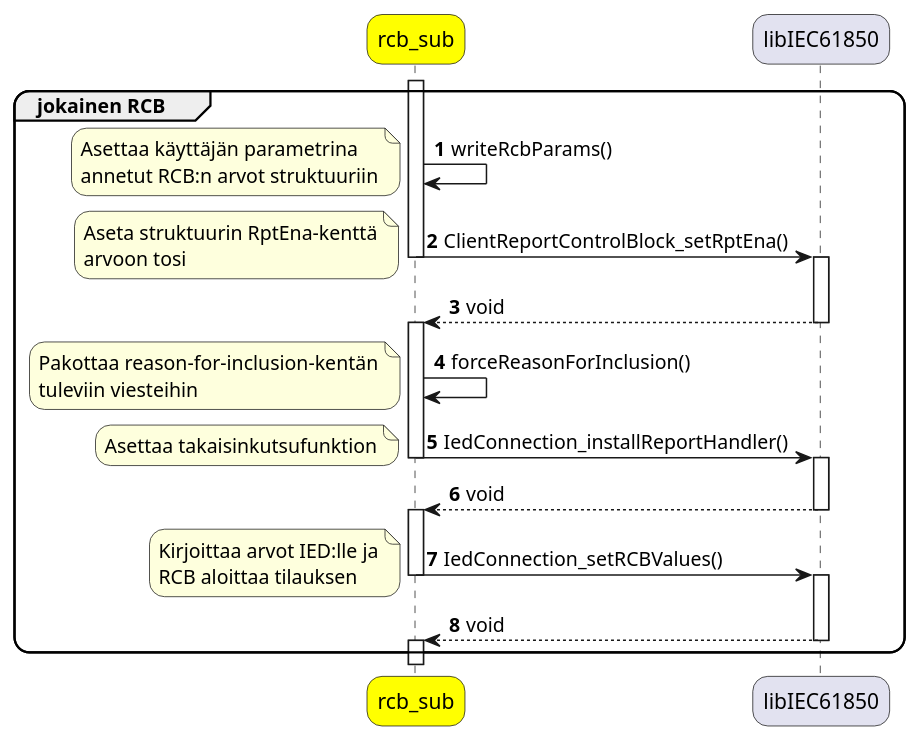
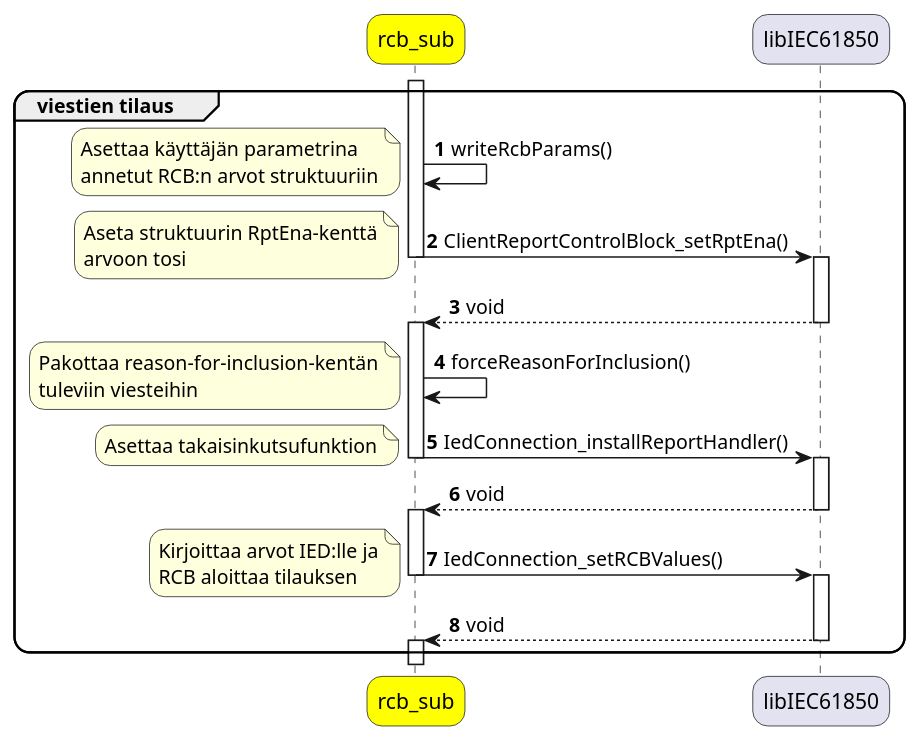
One commit to Kazhuu/tut_master_thesis changed the diagram in uml/rcb-sub-subscribe-reports.puml. Above: the diagram before and after it, drawn with PlantUML. The commit also changed 13 other files, not shown here.

Commit message:
uml fixes

```diff
--- a/uml/rcb-sub-subscribe-reports.puml
+++ b/uml/rcb-sub-subscribe-reports.puml
@@ -1,51 +1,51 @@
 @startuml
 autonumber
 
 skinparam roundcorner 20
 
 participant "rcb_sub" as rcbsub #Yellow
 participant "libIEC61850" as libiec
 
 activate rcbsub
-group jokainen RCB
+group viestien tilaus
 	rcbsub -> rcbsub : writeRcbParams()
 	note left
 		Asettaa käyttäjän parametrina
 		annetut RCB:n arvot struktuuriin
 	end note
 	rcbsub -> libiec : ClientReportControlBlock_setRptEna()
 	deactivate rcbsub
 	activate libiec
 	note left
 		Aseta struktuurin RptEna-kenttä
 		arvoon tosi
 	end note
 	libiec --> rcbsub :  void
 	deactivate libiec
 	activate rcbsub
 	rcbsub -> rcbsub : forceReasonForInclusion()
 	note left
 		Pakottaa reason-for-inclusion-kentän
 		tuleviin viesteihin
 	end note
 	rcbsub -> libiec : IedConnection_installReportHandler()
 	deactivate rcbsub
 	activate libiec
 	note left
 		Asettaa takaisinkutsufunktion
 	end note
 	libiec --> rcbsub : void
 	deactivate libiec
 	activate rcbsub
 	rcbsub -> libiec : IedConnection_setRCBValues()
 	deactivate rcbsub
 	activate libiec
 	note left
 		Kirjoittaa arvot IED:lle ja
 		RCB aloittaa tilauksen
 	end note
 	libiec --> rcbsub : void
 	deactivate libiec
 	activate rcbsub
 end group
 @enduml
```
